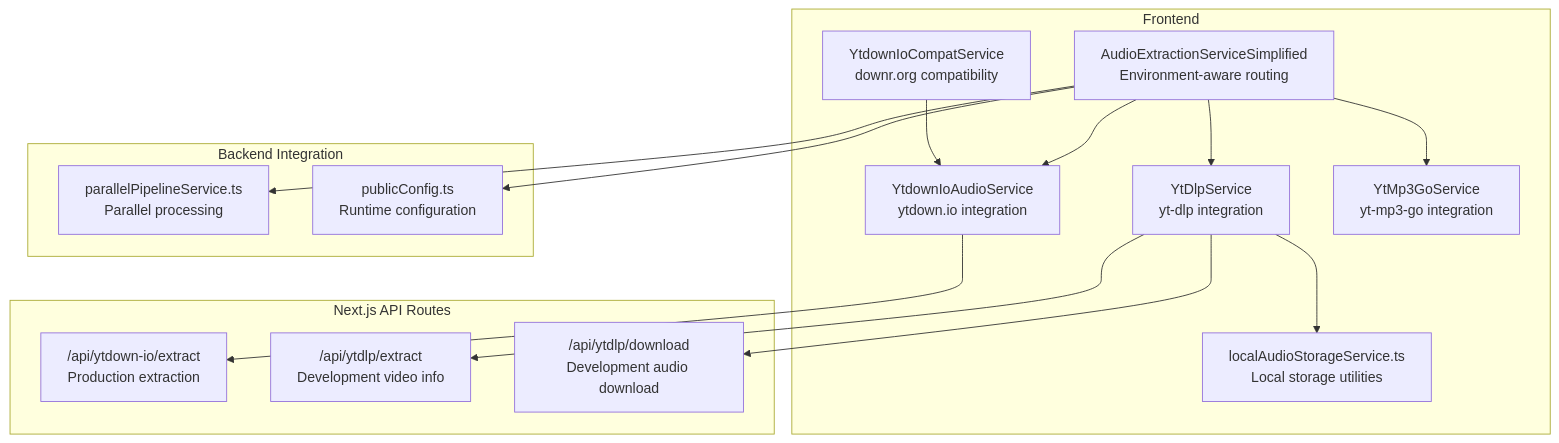
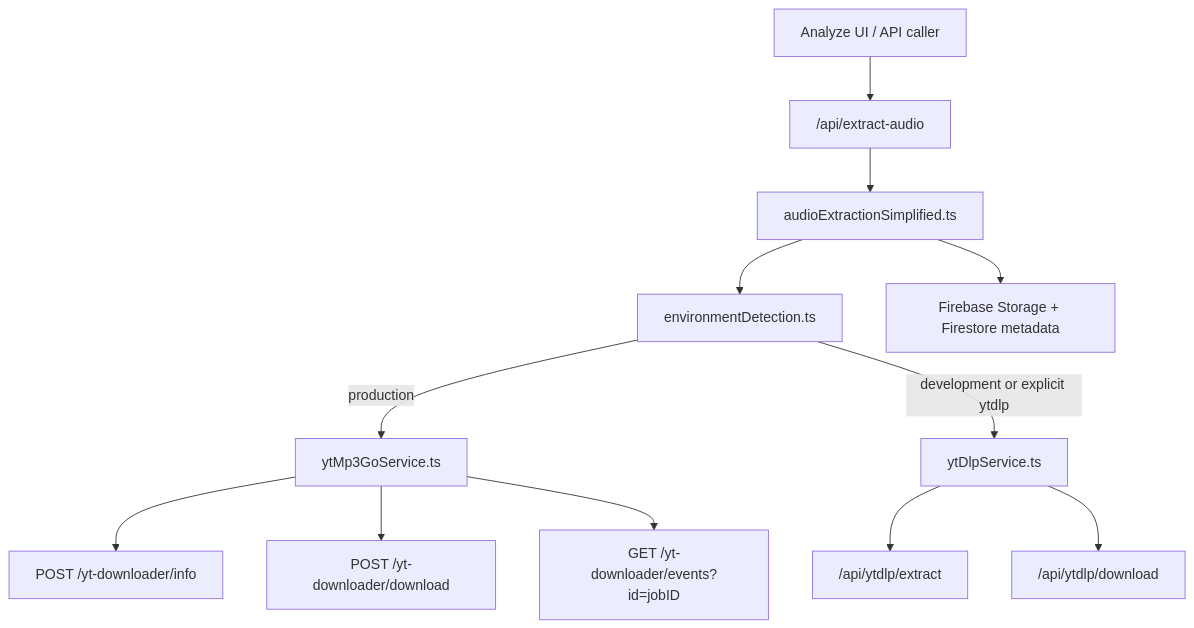
One commit to ptnghia-j/ChordMiniApp changed the first of 2 diagrams in .qoder/repowiki/en/content/Architecture and Design/Backend Architecture/Service Layer Architecture/YouTube Integration Services.md. Above: the diagram before and after it, drawn with Mermaid. The commit also changed other lines of this file and 18 other files, not shown here.

````diff
--- a/.qoder/repowiki/en/content/Architecture and Design/Backend Architecture/Service Layer Architecture/YouTube Integration Services.md
+++ b/.qoder/repowiki/en/content/Architecture and Design/Backend Architecture/Service Layer Architecture/YouTube Integration Services.md
@@ -47,30 +25,14 @@
 ```mermaid
 graph TB
-subgraph "Frontend"
-FE_Audio["AudioExtractionServiceSimplified<br/>Environment-aware routing"]
-FE_Ytdown["YtdownIoAudioService<br/>ytdown.io integration"]
-FE_Compat["YtdownIoCompatService<br/>downr.org compatibility"]
-FE_YtDlp["YtDlpService<br/>yt-dlp integration"]
-FE_YtGo["YtMp3GoService<br/>yt-mp3-go integration"]
-FE_Local["localAudioStorageService.ts<br/>Local storage utilities"]
-end
-subgraph "Next.js API Routes"
-API_Ytdown["/api/ytdown-io/extract<br/>Production extraction"]
-API_YtDlpExt["/api/ytdlp/extract<br/>Development video info"]
-API_YtDlpDl["/api/ytdlp/download<br/>Development audio download"]
-end
-subgraph "Backend Integration"
-Backend_Parallel["parallelPipelineService.ts<br/>Parallel processing"]
-Backend_PublicCfg["publicConfig.ts<br/>Runtime configuration"]
-end
-FE_Audio --> FE_Ytdown
-FE_Audio --> FE_YtDlp
-FE_Audio --> FE_YtGo
-FE_Compat --> FE_Ytdown
-FE_Ytdown --> API_Ytdown
-FE_YtDlp --> API_YtDlpExt
-FE_YtDlp --> API_YtDlpDl
-FE_Audio --> Backend_Parallel
-FE_Audio --> Backend_PublicCfg
-FE_YtDlp --> FE_Local
+Client["Analyze UI / API caller"] --> Extract["/api/extract-audio"]
+Extract --> AES["audioExtractionSimplified.ts"]
+AES --> Env["environmentDetection.ts"]
+Env --> |production| MP3["ytMp3GoService.ts"]
+Env --> |development or explicit ytdlp| DLP["ytDlpService.ts"]
+MP3 --> Info["POST /yt-downloader/info"]
+MP3 --> Job["POST /yt-downloader/download"]
+MP3 --> Events["GET /yt-downloader/events?id=jobID"]
+DLP --> DlpInfo["/api/ytdlp/extract"]
+DLP --> DlpDownload["/api/ytdlp/download"]
+AES --> Storage["Firebase Storage + Firestore metadata"]
 ```
````
